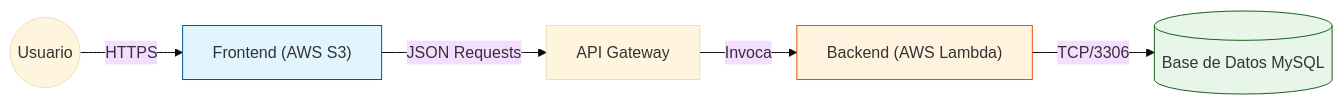
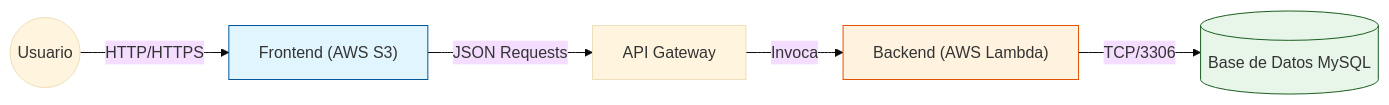
One commit to XaviDeLeon044270/Evaluacion-Tecnica-Grupo-PB changed the diagram in Parte 1/Diagrama de Arquitectura.md. Above: the diagram before and after it, drawn with Mermaid (base theme). The commit also changed 1 other file, not shown here.

Commit message:
Finalización de Evaluación Técnica - Parte 2 completada.

````diff
--- a/Parte 1/Diagrama de Arquitectura.md
+++ b/Parte 1/Diagrama de Arquitectura.md
@@ -3,11 +3,11 @@
 ```mermaid
 graph LR
-    User((Usuario)) -- HTTPS --> S3["Frontend (AWS S3)"]
+    User((Usuario)) -- HTTP/HTTPS --> S3["Frontend (AWS S3)"]
     S3 -- JSON Requests --> APIG["API Gateway"]
     APIG -- Invoca --> Lambda["Backend (AWS Lambda)"]
     Lambda -- TCP/3306 --> RDS[("Base de Datos MySQL")]
     
     style S3 fill:#E1F5FE,stroke:#01579B
     style Lambda fill:#FFF3E0,stroke:#E65100
     style RDS fill:#E8F5E9,stroke:#1B5E20
 ```
````
